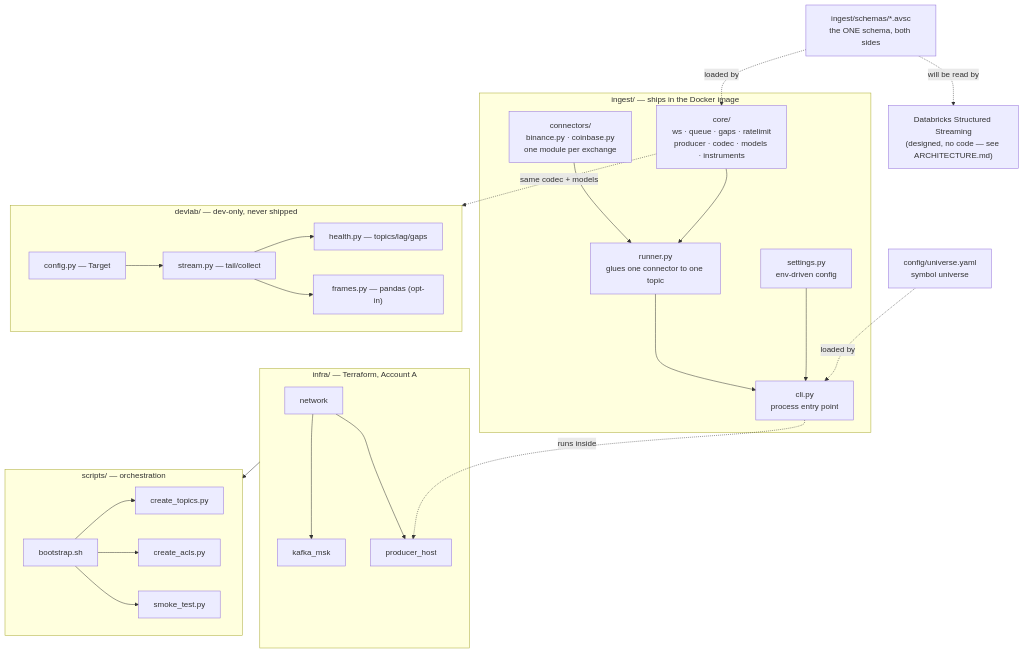
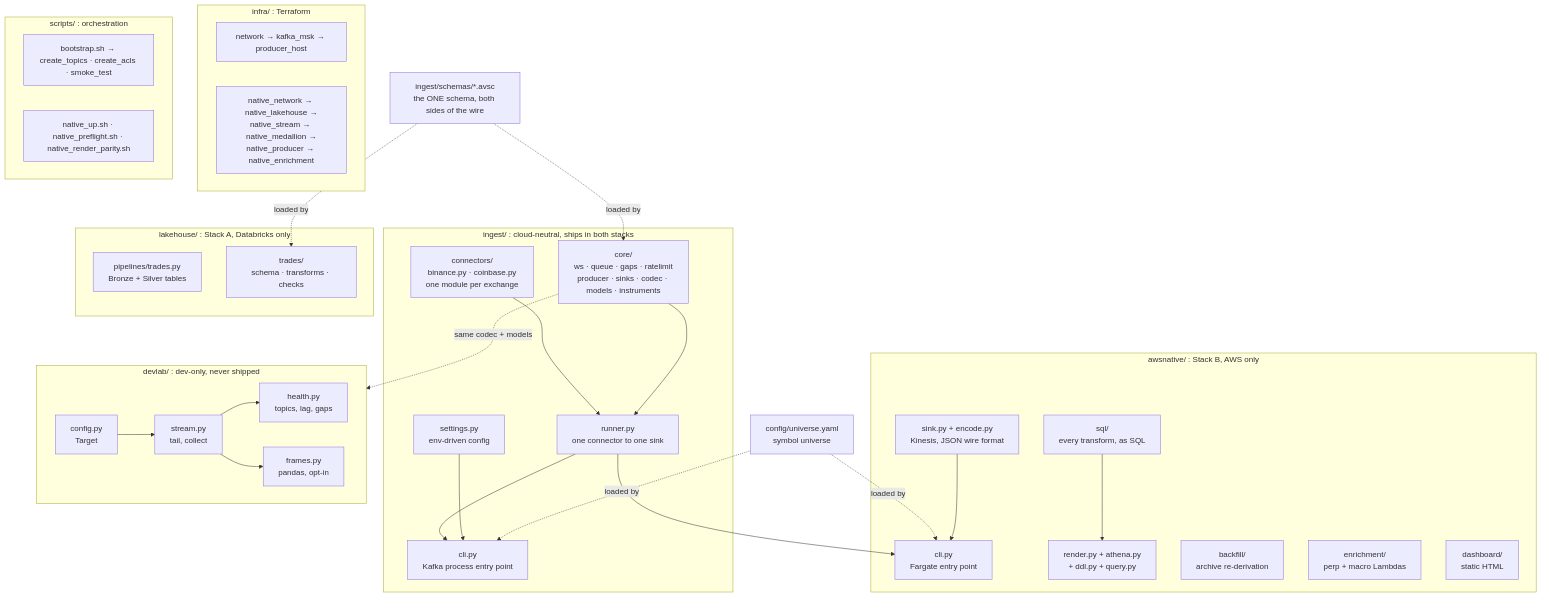
The first of 3 diagrams in docs/CODEBASE_EXPLAINED.md (hailampy123/realtime-finance-bot), drawn with Mermaid before and after one commit. The commit also changed other lines of this file and 18 other files, not shown here.

````diff
--- a/docs/CODEBASE_EXPLAINED.md
+++ b/docs/CODEBASE_EXPLAINED.md
@@ -13,46 +15,62 @@
 ```mermaid
 flowchart TB
-    subgraph RUNTIME["ingest/  — ships in the Docker image"]
+    subgraph SHARED["ingest/ : cloud-neutral, ships in both stacks"]
         CONN["connectors/<br/>binance.py · coinbase.py<br/>one module per exchange"]
-        CORE["core/<br/>ws · queue · gaps · ratelimit<br/>producer · codec · models · instruments"]
-        RUNNER["runner.py<br/>glues one connector to one topic"]
-        CLI["cli.py<br/>process entry point"]
+        CORE["core/<br/>ws · queue · gaps · ratelimit<br/>producer · sinks · codec · models · instruments"]
+        RUNNER["runner.py<br/>one connector to one sink"]
+        CLI["cli.py<br/>Kafka process entry point"]
         SETTINGS["settings.py<br/>env-driven config"]
     end
 
-    subgraph DEVTOOLS["devlab/  — dev-only, never shipped"]
-        DCONFIG["config.py — Target"]
-        DSTREAM["stream.py — tail/collect"]
-        DHEALTH["health.py — topics/lag/gaps"]
-        DFRAMES["frames.py — pandas (opt-in)"]
+    subgraph NATIVE["awsnative/ : Stack B, AWS only"]
+        NSINK["sink.py + encode.py<br/>Kinesis, JSON wire format"]
+        NCLI["cli.py<br/>Fargate entry point"]
+        NSQL["sql/<br/>every transform, as SQL"]
+        NRENDER["render.py + athena.py<br/>+ ddl.py + query.py"]
+        NBACK["backfill/<br/>archive re-derivation"]
+        NENRICH["enrichment/<br/>perp + macro Lambdas"]
+        NDASH["dashboard/<br/>static HTML"]
     end
 
-    SCHEMAS["ingest/schemas/*.avsc<br/>the ONE schema, both sides"]
+    subgraph LAKE["lakehouse/ : Stack A, Databricks only"]
+        LPIPE["pipelines/trades.py<br/>Bronze + Silver tables"]
+        LTRANS["trades/<br/>schema · transforms · checks"]
+    end
+
+    subgraph DEVTOOLS["devlab/ : dev-only, never shipped"]
+        DCONFIG["config.py<br/>Target"]
+        DSTREAM["stream.py<br/>tail, collect"]
+        DHEALTH["health.py<br/>topics, lag, gaps"]
+        DFRAMES["frames.py<br/>pandas, opt-in"]
+    end
+
+    SCHEMAS["ingest/schemas/*.avsc<br/>the ONE schema, both sides of the wire"]
     CONFIG["config/universe.yaml<br/>symbol universe"]
 
     CONN --> RUNNER
     CORE --> RUNNER
     RUNNER --> CLI
+    RUNNER --> NCLI
     SETTINGS --> CLI
     SCHEMAS -.->|loaded by| CORE
+    SCHEMAS -.->|loaded by| LTRANS
     CONFIG -.->|loaded by| CLI
+    CONFIG -.->|loaded by| NCLI
+
+    NSINK --> NCLI
+    NSQL --> NRENDER
 
     DCONFIG --> DSTREAM --> DHEALTH
     DSTREAM --> DFRAMES
     CORE -.->|same codec + models| DEVTOOLS
 
-    subgraph INFRA["infra/ — Terraform, Account A"]
-        NET["network"] --> MSK["kafka_msk"]
-        NET --> HOST["producer_host"]
+    subgraph INFRA["infra/ : Terraform"]
+        NETA["network → kafka_msk → producer_host"]
+        NETB["native_network → native_lakehouse →<br/>native_stream → native_medallion →<br/>native_producer → native_enrichment"]
     end
 
-    subgraph SCRIPTS["scripts/ — orchestration"]
-        BOOT["bootstrap.sh"] --> TOPICS["create_topics.py"]
-        BOOT --> ACLS["create_acls.py"]
-        BOOT --> SMOKE["smoke_test.py"]
+    subgraph SCRIPTS["scripts/ : orchestration"]
+        BOOT["bootstrap.sh → create_topics · create_acls · smoke_test"]
+        NUP["native_up.sh · native_preflight.sh · native_render_parity.sh"]
     end
-
-    CLI -.->|runs inside| HOST
-    INFRA --> SCRIPTS
-    SCHEMAS -.->|will be read by| SPARK["Databricks Structured Streaming<br/>(designed, no code — see ARCHITECTURE.md)"]
 ```
````
